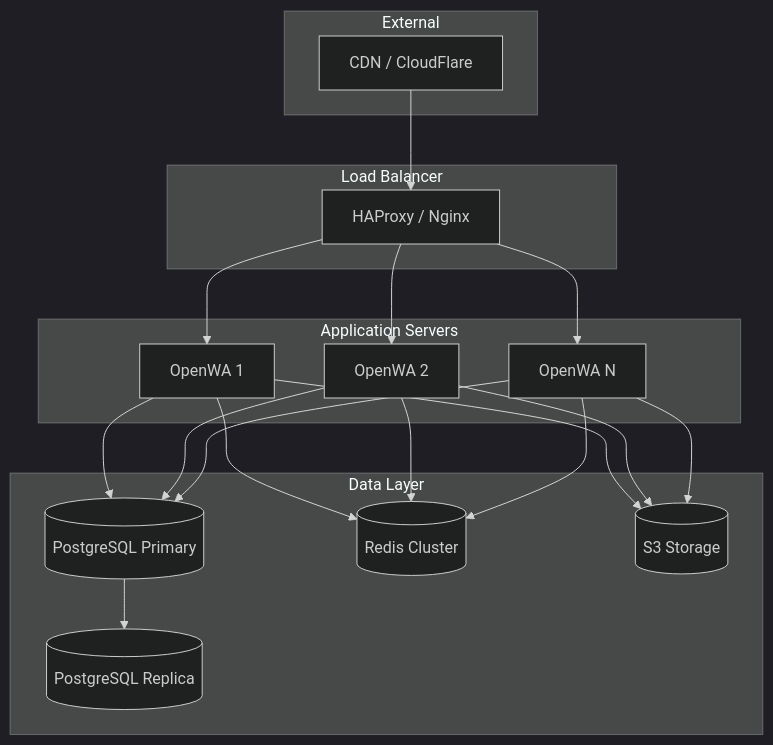
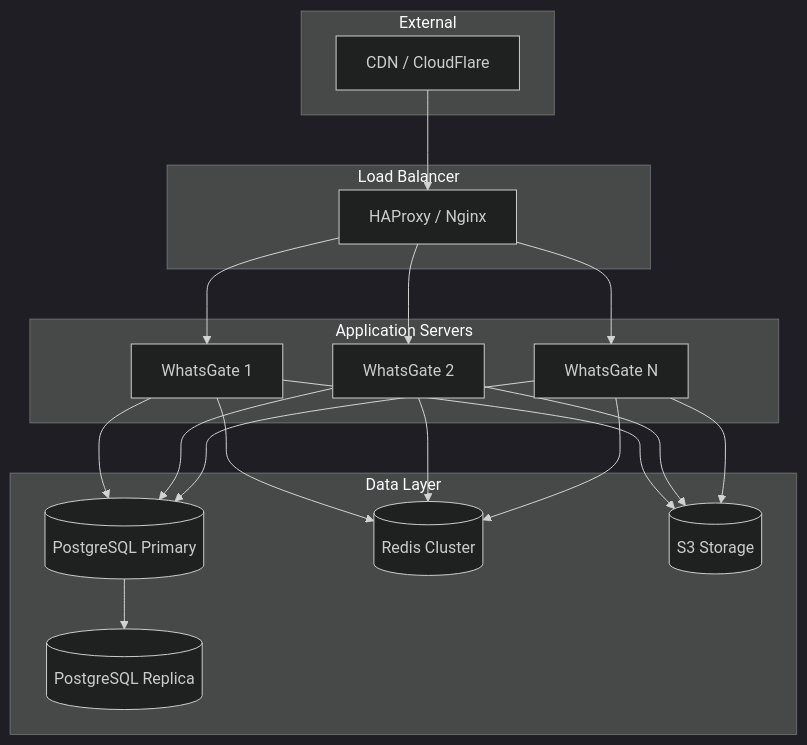
Before and after one commit to liminal-loop/whatsgate: the third of 5 diagrams in docs/10-devops-infrastructure.md, drawn with Mermaid (dark theme). The commit also changed other lines of this file and 46 other files, not shown here.

Commit message:
chore: rebrand OpenWA to WhatsGate across app and docs

````diff
--- a/docs/10-devops-infrastructure.md
+++ b/docs/10-devops-infrastructure.md
@@ -362,30 +362,30 @@
 ```mermaid
 flowchart TB
     subgraph External["External"]
         CDN[CDN / CloudFlare]
     end
     
     subgraph LoadBalancer["Load Balancer"]
         LB[HAProxy / Nginx]
     end
     
     subgraph AppServers["Application Servers"]
-        APP1[OpenWA 1]
-        APP2[OpenWA 2]
-        APP3[OpenWA N]
+        APP1[WhatsGate 1]
+        APP2[WhatsGate 2]
+        APP3[WhatsGate N]
     end
     
     subgraph DataLayer["Data Layer"]
         PG[(PostgreSQL Primary)]
         PGR[(PostgreSQL Replica)]
         RD[(Redis Cluster)]
         S3[(S3 Storage)]
     end
     
     CDN --> LB
     LB --> APP1 & APP2 & APP3
     APP1 & APP2 & APP3 --> PG
     APP1 & APP2 & APP3 --> RD
     APP1 & APP2 & APP3 --> S3
     PG --> PGR
 ```
````
